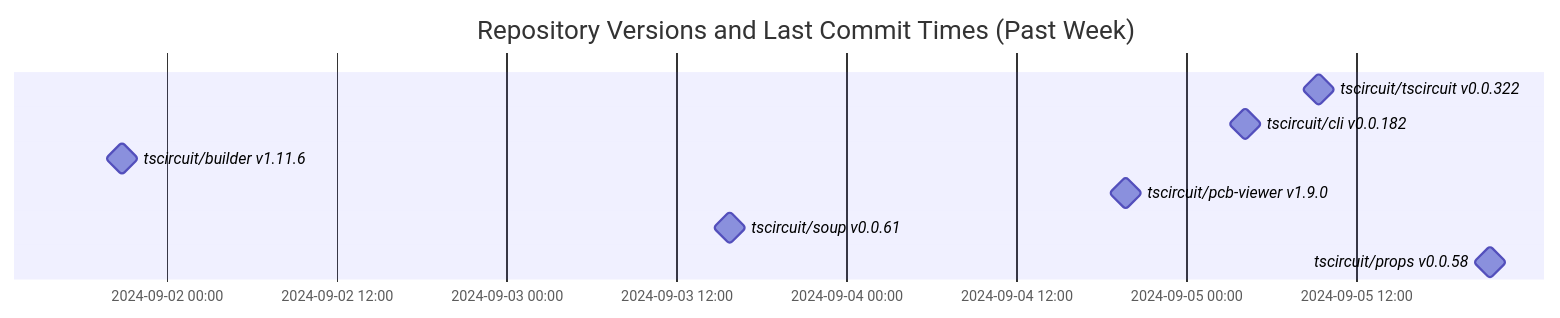
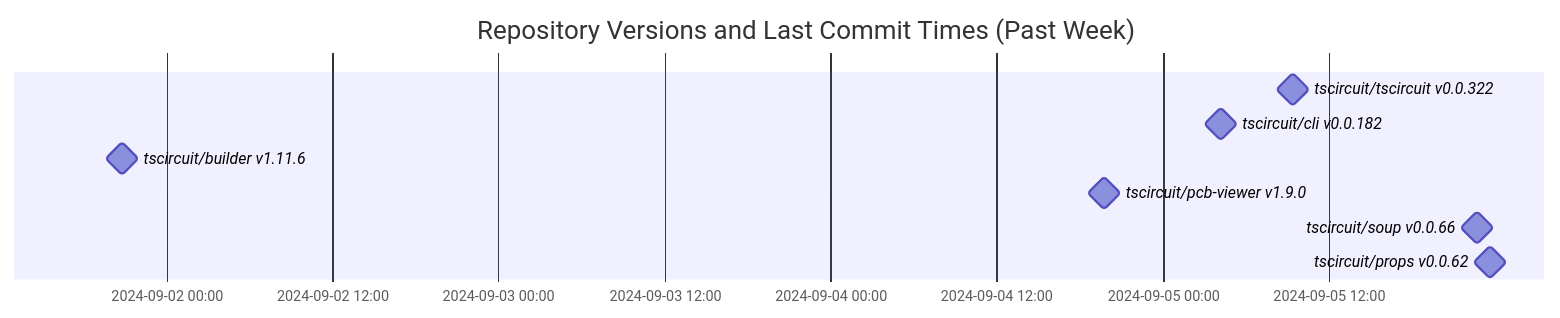
Before and after one commit to tscircuit/version-tracker: the diagram in README.md, drawn with Mermaid.

Commit message:
Update chart

````diff
--- a/README.md
+++ b/README.md
@@ -1,13 +1,13 @@
 ```mermaid
 gantt
   dateFormat  YYYY-MM-DD HH:mm:ss
   title Repository Versions and Last Commit Times (Past Week)
   axisFormat %Y-%m-%d %H:%M
 
   tscircuit/tscircuit v0.0.322 : milestone, 2024-09-05 09:22:41, 1s
   tscircuit/cli v0.0.182 : milestone, 2024-09-05 04:10:53, 1s
   tscircuit/builder v1.11.6 : milestone, 2024-09-01 20:47:46, 1s
   tscircuit/pcb-viewer v1.9.0 : milestone, 2024-09-04 19:45:38, 1s
-  tscircuit/soup v0.0.61 : milestone, 2024-09-03 15:44:43, 1s
-  tscircuit/props v0.0.58 : milestone, 2024-09-05 21:30:29, 1s
+  tscircuit/soup v0.0.66 : milestone, 2024-09-05 22:41:45, 1s
+  tscircuit/props v0.0.62 : milestone, 2024-09-05 23:38:33, 1s
 ```
````
